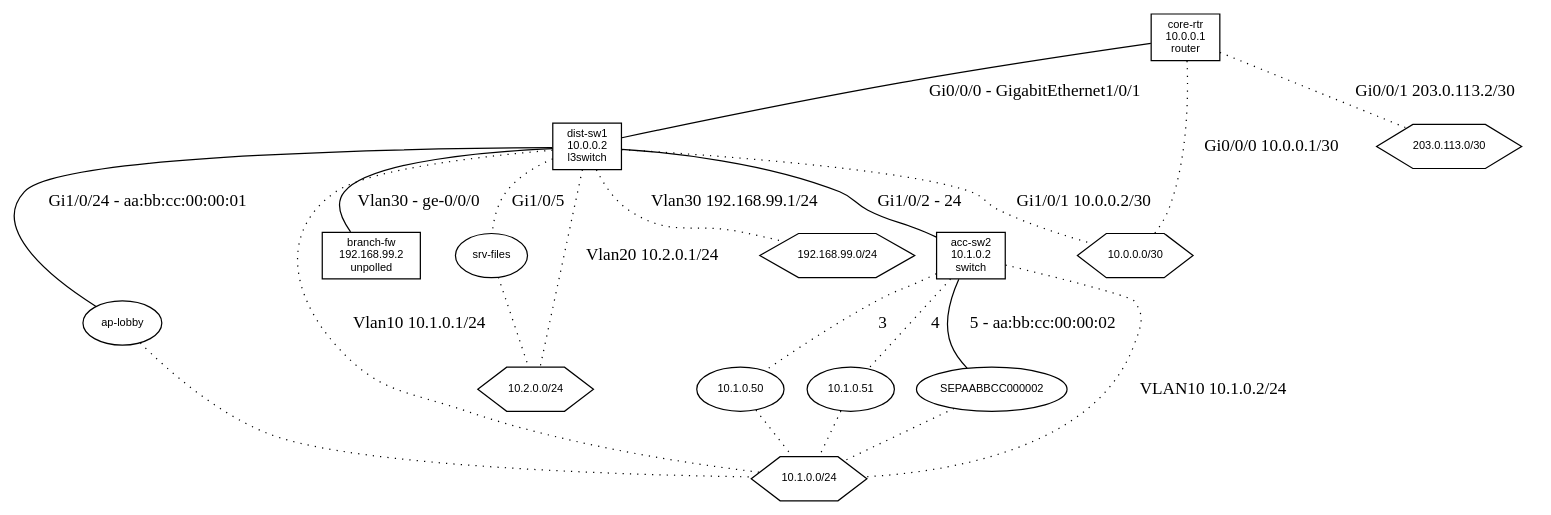
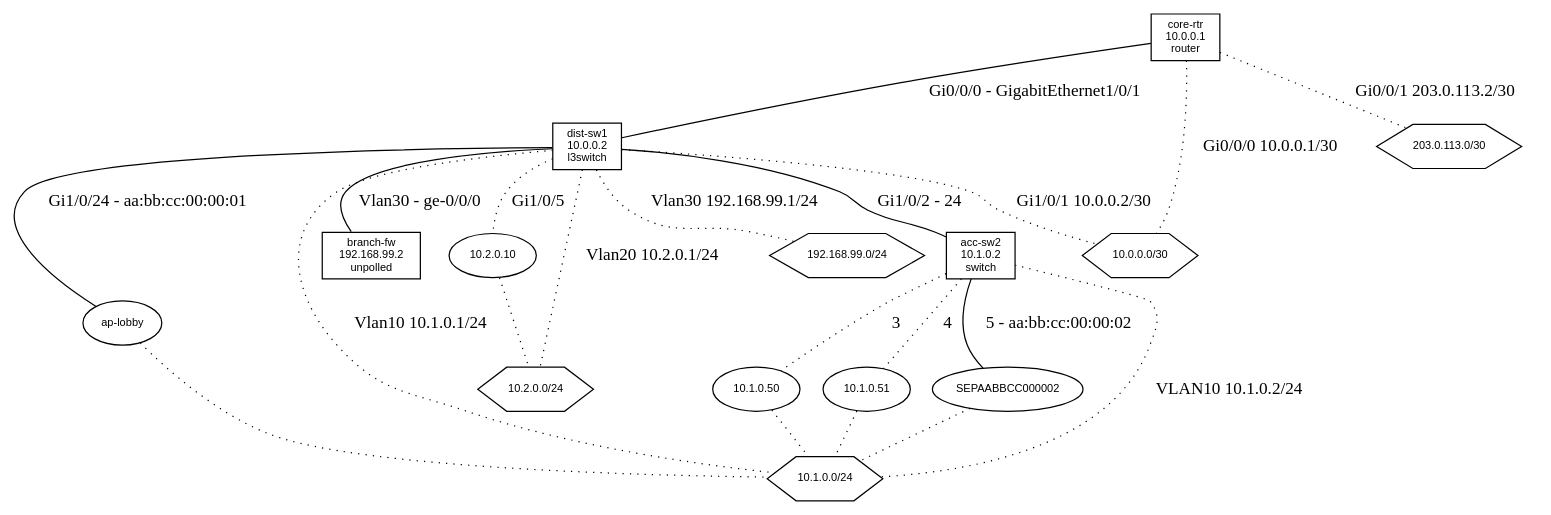
One commit to kerbe42/netmap changed the diagram in examples/lab-map.dot. Above: the diagram before and after it, drawn with Graphviz. The commit also changed 16 other files, not shown here.

```diff
--- a/examples/lab-map.dot
+++ b/examples/lab-map.dot
@@ -1,37 +1,37 @@
 graph netmap {
   overlap=false; splines=true; node [fontname=Helvetica, fontsize=9];
   "10.0.0.1" [label="core-rtr\n10.0.0.1\nrouter", shape=box];
   "10.0.0.2" [label="dist-sw1\n10.0.0.2\nl3switch", shape=box];
   "10.1.0.2" [label="acc-sw2\n10.1.0.2\nswitch", shape=box];
   "10.1.0.50" [label="10.1.0.50", shape=ellipse];
   "10.1.0.51" [label="10.1.0.51", shape=ellipse];
   "10.1.0.60" [label="ap-lobby", shape=ellipse];
   "10.1.0.90" [label="SEPAABBCC000002", shape=ellipse];
-  "10.2.0.10" [label="srv-files", shape=ellipse];
+  "10.2.0.10" [label="10.2.0.10", shape=ellipse];
   "stub:branch-fw" [label="branch-fw\n192.168.99.2\nunpolled", shape=box];
   "10.0.0.0/30" [label="10.0.0.0/30", shape=hexagon];
   "203.0.113.0/30" [label="203.0.113.0/30", shape=hexagon];
   "10.1.0.0/24" [label="10.1.0.0/24", shape=hexagon];
   "10.2.0.0/24" [label="10.2.0.0/24", shape=hexagon];
   "192.168.99.0/24" [label="192.168.99.0/24", shape=hexagon];
   "10.0.0.1" -- "10.0.0.2" [label="Gi0/0/0 - GigabitEthernet1/0/1", style=solid];
   "10.0.0.1" -- "10.0.0.0/30" [label="Gi0/0/0 10.0.0.1/30", style=dotted];
   "10.0.0.1" -- "203.0.113.0/30" [label="Gi0/0/1 203.0.113.2/30", style=dotted];
   "10.0.0.2" -- "10.1.0.2" [label="Gi1/0/2 - 24", style=solid];
   "10.0.0.2" -- "10.1.0.60" [label="Gi1/0/24 - aa:bb:cc:00:00:01", style=solid];
   "10.0.0.2" -- "stub:branch-fw" [label="Vlan30 - ge-0/0/0", style=solid];
   "10.0.0.2" -- "10.0.0.0/30" [label="Gi1/0/1 10.0.0.2/30", style=dotted];
   "10.0.0.2" -- "10.1.0.0/24" [label="Vlan10 10.1.0.1/24", style=dotted];
   "10.0.0.2" -- "10.2.0.0/24" [label="Vlan20 10.2.0.1/24", style=dotted];
   "10.0.0.2" -- "192.168.99.0/24" [label="Vlan30 192.168.99.1/24", style=dotted];
   "10.0.0.2" -- "10.2.0.10" [label="Gi1/0/5", style=dotted];
   "10.1.0.2" -- "10.1.0.90" [label="5 - aa:bb:cc:00:00:02", style=solid];
   "10.1.0.2" -- "10.1.0.0/24" [label="VLAN10 10.1.0.2/24", style=dotted];
   "10.1.0.2" -- "10.1.0.50" [label="3", style=dotted];
   "10.1.0.2" -- "10.1.0.51" [label="4", style=dotted];
   "10.1.0.50" -- "10.1.0.0/24" [label="", style=dotted];
   "10.1.0.51" -- "10.1.0.0/24" [label="", style=dotted];
   "10.1.0.60" -- "10.1.0.0/24" [label="", style=dotted];
   "10.1.0.90" -- "10.1.0.0/24" [label="", style=dotted];
   "10.2.0.10" -- "10.2.0.0/24" [label="", style=dotted];
 }
```
